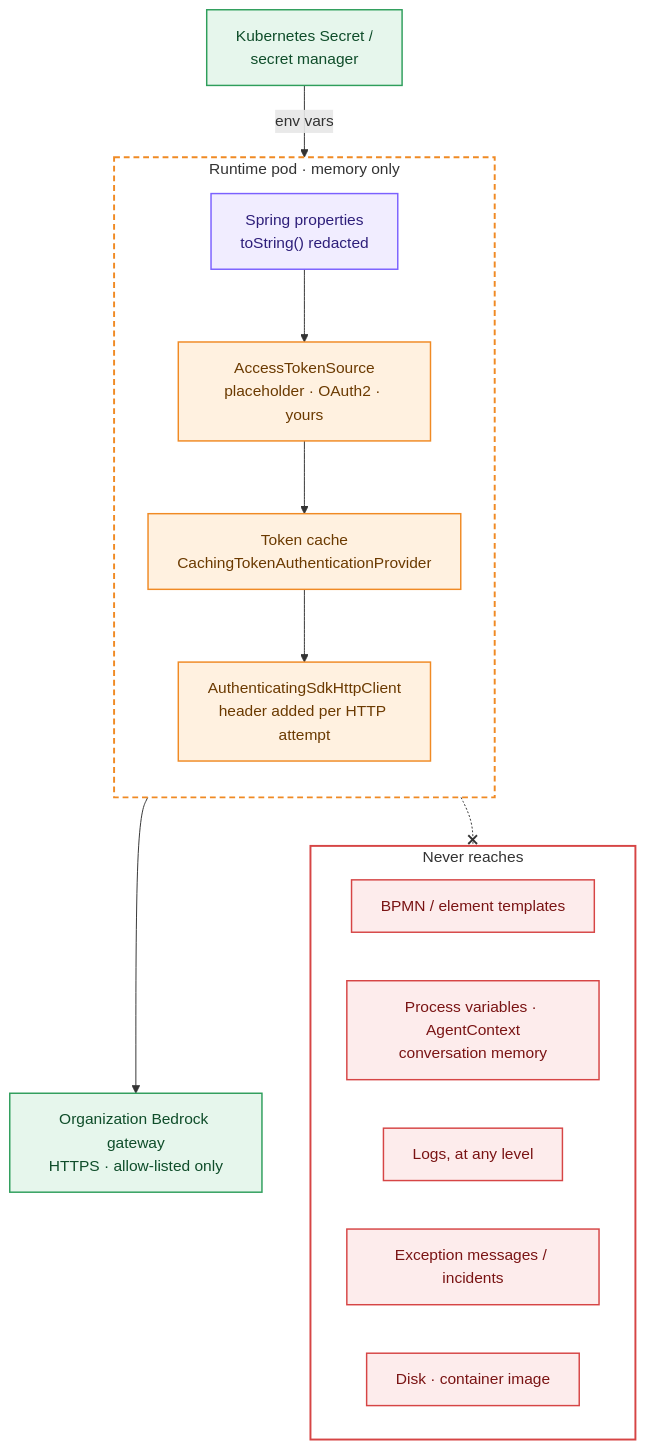
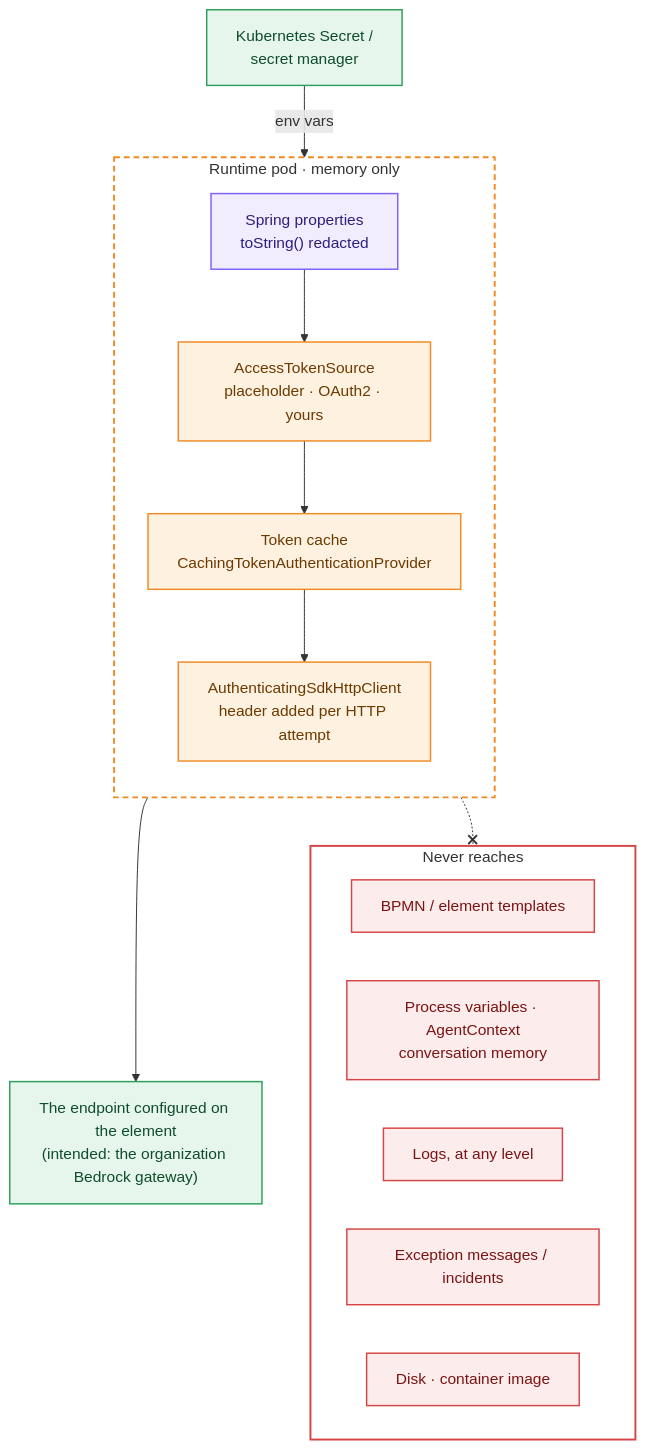
The first of 3 diagrams in docs/SECURITY.md (pranaykatariya/camunda-custom-bedrock-connector), drawn with Mermaid before and after one commit. The commit also changed other lines of this file and 25 other files, not shown here.

Commit message:
removed allowed list to pass any gateway endpoint

````diff
--- a/docs/SECURITY.md
+++ b/docs/SECURITY.md
@@ -11,37 +11,37 @@
 ```mermaid
 flowchart TB
     store["Kubernetes Secret /<br/>secret manager"]
 
     subgraph pod["Runtime pod · memory only"]
         direction TB
         props["Spring properties<br/>toString() redacted"]
         source["AccessTokenSource<br/>placeholder · OAuth2 · yours"]
         cache["Token cache<br/>CachingTokenAuthenticationProvider"]
         http["AuthenticatingSdkHttpClient<br/>header added per HTTP attempt"]
     end
 
-    gw["Organization Bedrock gateway<br/>HTTPS · allow-listed only"]
+    gw["The endpoint configured on the element<br/>(intended: the organization Bedrock gateway)"]
 
     subgraph never["Never reaches"]
         direction LR
         bpmn["BPMN / element templates"]
         vars["Process variables · AgentContext<br/>conversation memory"]
         logs["Logs, at any level"]
         incidents["Exception messages / incidents"]
         disk["Disk · container image"]
     end
 
     store -- "env vars" --> props --> source --> cache --> http --> gw
     cache -.-x never
 
     classDef ours fill:#FFF1E0,stroke:#F08A24,stroke-width:1.5px,color:#6B3A00
     classDef ext fill:#E6F6EC,stroke:#2E9E5B,stroke-width:1.5px,color:#0F4D2A
     classDef bad fill:#FDECEC,stroke:#D64545,stroke-width:1.5px,color:#7A1414
     classDef cfg fill:#F1EDFF,stroke:#7B61FF,stroke-width:1.5px,color:#2E1F7A
     class props cfg
     class source,cache,http ours
     class store,gw ext
     class bpmn,vars,logs,incidents,disk bad
     style pod fill:transparent,stroke:#F08A24,stroke-width:2px,stroke-dasharray:6 4
     style never fill:transparent,stroke:#D64545,stroke-width:2px
 ```
````
